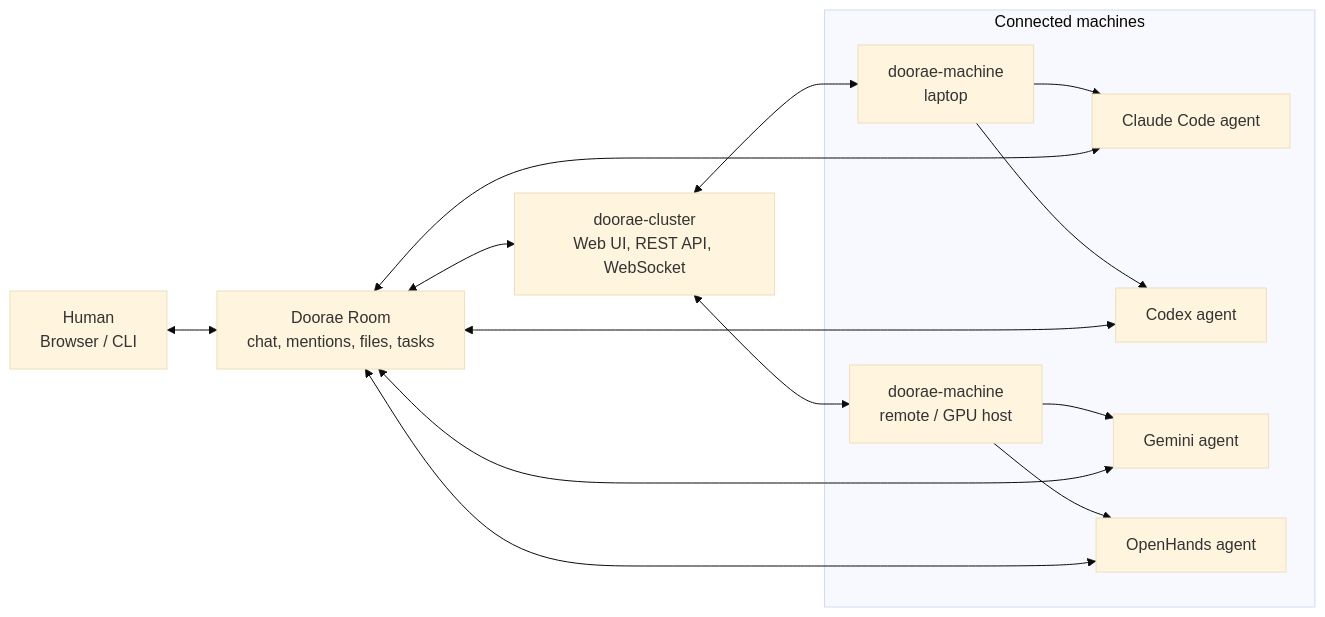
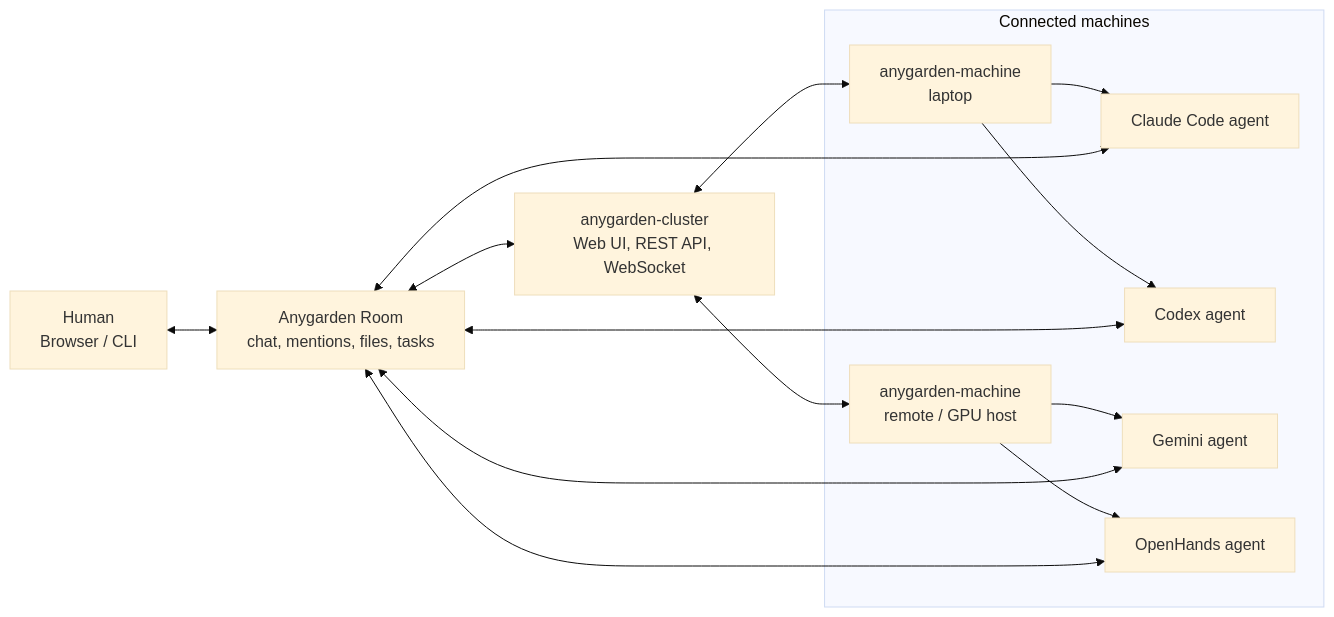
The diagram in README.md (e7217/anygarden), drawn with Mermaid (base theme) before and after one commit. The commit also changed other lines of this file and 544 other files, not shown here.

First line of the commit message:
chore: rebrand doorae → anygarden across the codebase (#394)

````diff
--- a/README.md
+++ b/README.md
@@ -10,19 +10,19 @@
 ```mermaid
 flowchart LR
-    human["Human<br/>Browser / CLI"] <--> room["Doorae Room<br/>chat, mentions, files, tasks"]
-    room <--> cluster["doorae-cluster<br/>Web UI, REST API, WebSocket"]
+    human["Human<br/>Browser / CLI"] <--> room["Anygarden Room<br/>chat, mentions, files, tasks"]
+    room <--> cluster["anygarden-cluster<br/>Web UI, REST API, WebSocket"]
 
     subgraph machines["Connected machines"]
-        machineA["doorae-machine<br/>laptop"] --> claude["Claude Code agent"]
+        machineA["anygarden-machine<br/>laptop"] --> claude["Claude Code agent"]
         machineA --> codex["Codex agent"]
-        machineB["doorae-machine<br/>remote / GPU host"] --> gemini["Gemini agent"]
+        machineB["anygarden-machine<br/>remote / GPU host"] --> gemini["Gemini agent"]
         machineB --> openhands["OpenHands agent"]
     end
 
     cluster <--> machineA
     cluster <--> machineB
     claude <--> room
     codex <--> room
     gemini <--> room
     openhands <--> room
 ```
````
